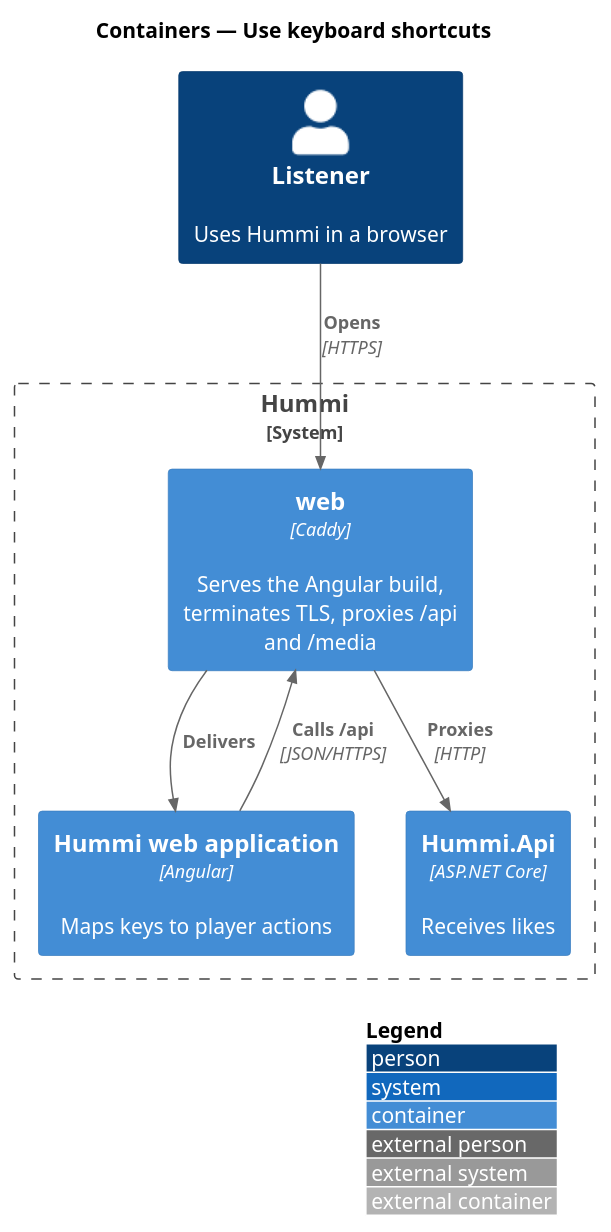
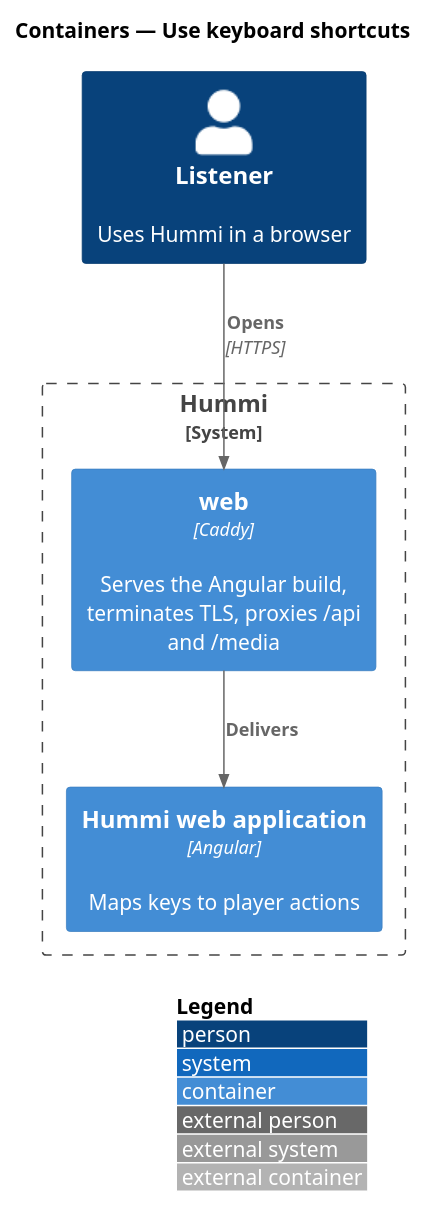
Before and after one commit to QuinntyneBrown/hummi: the diagram in docs/detailed-designs/playback/keyboard-shortcuts/diagrams/c4-container.puml, drawn with PlantUML. The commit also changed 156 other files, not shown here.

```diff
--- a/docs/detailed-designs/playback/keyboard-shortcuts/diagrams/c4-container.puml
+++ b/docs/detailed-designs/playback/keyboard-shortcuts/diagrams/c4-container.puml
@@ -1,16 +1,13 @@
 @startuml
 !include <C4/C4_Container>
 LAYOUT_WITH_LEGEND()
 title Containers — Use keyboard shortcuts
 
 Person(listener, "Listener", "Uses Hummi in a browser")
 System_Boundary(hummi, "Hummi") {
   Container(web, "web", "Caddy", "Serves the Angular build, terminates TLS, proxies /api and /media")
   Container(spa, "Hummi web application", "Angular", "Maps keys to player actions")
-  Container(api, "Hummi.Api", "ASP.NET Core", "Receives likes")
 }
 Rel(listener, web, "Opens", "HTTPS")
 Rel(web, spa, "Delivers")
-Rel(spa, web, "Calls /api", "JSON/HTTPS")
-Rel(web, api, "Proxies", "HTTP")
 @enduml
```
